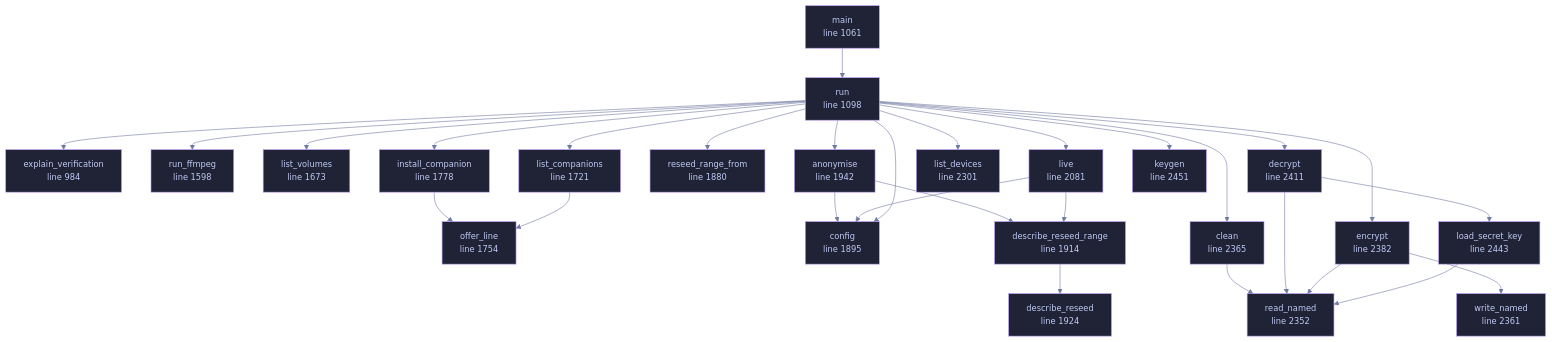
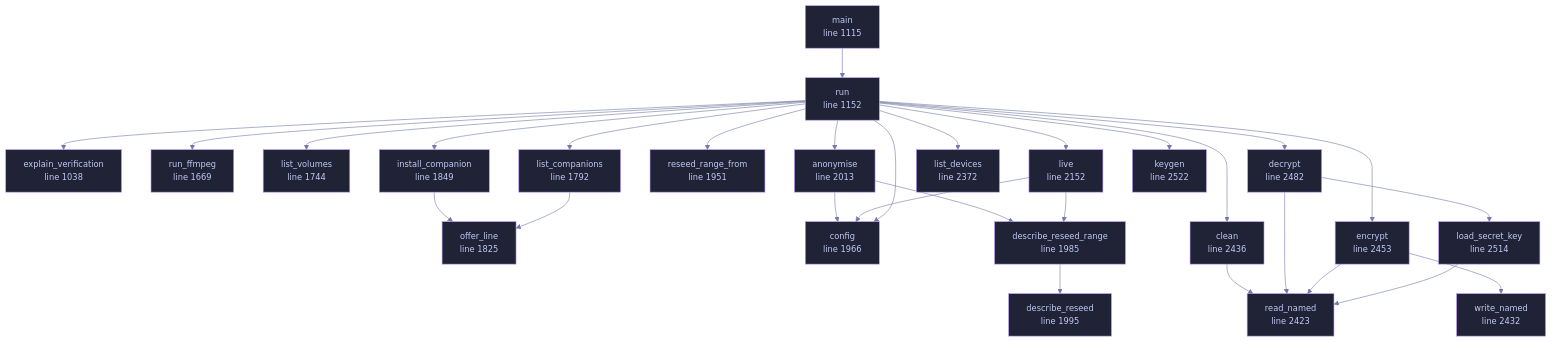
The diagram in docs/files/veilvoice-cli/main.md (tilas01/veilvoice), drawn with Mermaid before and after one commit. The commit also changed other lines of this file and 98 other files, not shown here.

````diff
--- a/docs/files/veilvoice-cli/main.md
+++ b/docs/files/veilvoice-cli/main.md
@@ -133,78 +134,78 @@
 ```mermaid
 %%{init: {"theme":"base","themeVariables":{"background":"#1a1b26","primaryColor":"#1f2335","primaryTextColor":"#c0caf5","primaryBorderColor":"#7aa2f7","secondaryColor":"#16161e","tertiaryColor":"#16161e","lineColor":"#737aa2","textColor":"#c0caf5","mainBkg":"#1f2335","nodeBorder":"#7aa2f7","clusterBkg":"#16161e","clusterBorder":"#2f3549","fontFamily":"ui-monospace, SFMono-Regular, Consolas, monospace","fontSize":"14px"}}}%%
 flowchart TD
-    n_explain_verification["explain_verification<br/>line 984"]
-    n_main["main<br/>line 1061"]
-    n_run["run<br/>line 1098"]
-    n_run_ffmpeg["run_ffmpeg<br/>line 1598"]
-    n_list_volumes["list_volumes<br/>line 1673"]
-    n_list_companions["list_companions<br/>line 1721"]
-    n_offer_line["offer_line<br/>line 1754"]
-    n_install_companion["install_companion<br/>line 1778"]
-    n_reseed_range_from["reseed_range_from<br/>line 1880"]
-    n_config["config<br/>line 1895"]
-    n_describe_reseed_range["describe_reseed_range<br/>line 1914"]
-    n_describe_reseed["describe_reseed<br/>line 1924"]
-    n_anonymise["anonymise<br/>line 1942"]
-    n_live["live<br/>line 2081"]
-    n_list_devices["list_devices<br/>line 2301"]
-    n_read_named["read_named<br/>line 2352"]
-    n_write_named["write_named<br/>line 2361"]
-    n_clean["clean<br/>line 2365"]
-    n_encrypt["encrypt<br/>line 2382"]
-    n_decrypt["decrypt<br/>line 2411"]
-    n_load_secret_key["load_secret_key<br/>line 2443"]
-    n_keygen["keygen<br/>line 2451"]
+    n_explain_verification["explain_verification<br/>line 1038"]
+    n_main["main<br/>line 1115"]
+    n_run["run<br/>line 1152"]
+    n_run_ffmpeg["run_ffmpeg<br/>line 1669"]
+    n_list_volumes["list_volumes<br/>line 1744"]
+    n_list_companions["list_companions<br/>line 1792"]
+    n_offer_line["offer_line<br/>line 1825"]
+    n_install_companion["install_companion<br/>line 1849"]
+    n_reseed_range_from["reseed_range_from<br/>line 1951"]
+    n_config["config<br/>line 1966"]
+    n_describe_reseed_range["describe_reseed_range<br/>line 1985"]
+    n_describe_reseed["describe_reseed<br/>line 1995"]
+    n_anonymise["anonymise<br/>line 2013"]
+    n_live["live<br/>line 2152"]
+    n_list_devices["list_devices<br/>line 2372"]
+    n_read_named["read_named<br/>line 2423"]
+    n_write_named["write_named<br/>line 2432"]
+    n_clean["clean<br/>line 2436"]
+    n_encrypt["encrypt<br/>line 2453"]
+    n_decrypt["decrypt<br/>line 2482"]
+    n_load_secret_key["load_secret_key<br/>line 2514"]
+    n_keygen["keygen<br/>line 2522"]
     n_anonymise --> n_config
     n_anonymise --> n_describe_reseed_range
     n_clean --> n_read_named
     n_decrypt --> n_load_secret_key
     n_decrypt --> n_read_named
     n_describe_reseed_range --> n_describe_reseed
     n_encrypt --> n_read_named
     n_encrypt --> n_write_named
     n_install_companion --> n_offer_line
     n_list_companions --> n_offer_line
     n_live --> n_config
     n_live --> n_describe_reseed_range
     n_load_secret_key --> n_read_named
     n_main --> n_run
     n_run --> n_anonymise
     n_run --> n_clean
     n_run --> n_config
     n_run --> n_decrypt
     n_run --> n_encrypt
     n_run --> n_explain_verification
     n_run --> n_install_companion
     n_run --> n_keygen
     n_run --> n_list_companions
     n_run --> n_list_devices
     n_run --> n_list_volumes
     n_run --> n_live
     n_run --> n_reseed_range_from
     n_run --> n_run_ffmpeg
-    click n_explain_verification href "https://github.com/tilas01/veilvoice/blob/main/crates/veilvoice-cli/src/main.rs#L984" "open the source"
-    click n_main href "https://github.com/tilas01/veilvoice/blob/main/crates/veilvoice-cli/src/main.rs#L1061" "open the source"
-    click n_run href "https://github.com/tilas01/veilvoice/blob/main/crates/veilvoice-cli/src/main.rs#L1098" "open the source"
-    click n_run_ffmpeg href "https://github.com/tilas01/veilvoice/blob/main/crates/veilvoice-cli/src/main.rs#L1598" "open the source"
-    click n_list_volumes href "https://github.com/tilas01/veilvoice/blob/main/crates/veilvoice-cli/src/main.rs#L1673" "open the source"
-    click n_list_companions href "https://github.com/tilas01/veilvoice/blob/main/crates/veilvoice-cli/src/main.rs#L1721" "open the source"
-    click n_offer_line href "https://github.com/tilas01/veilvoice/blob/main/crates/veilvoice-cli/src/main.rs#L1754" "open the source"
-    click n_install_companion href "https://github.com/tilas01/veilvoice/blob/main/crates/veilvoice-cli/src/main.rs#L1778" "open the source"
-    click n_reseed_range_from href "https://github.com/tilas01/veilvoice/blob/main/crates/veilvoice-cli/src/main.rs#L1880" "open the source"
-    click n_config href "https://github.com/tilas01/veilvoice/blob/main/crates/veilvoice-cli/src/main.rs#L1895" "open the source"
-    click n_describe_reseed_range href "https://github.com/tilas01/veilvoice/blob/main/crates/veilvoice-cli/src/main.rs#L1914" "open the source"
-    click n_describe_reseed href "https://github.com/tilas01/veilvoice/blob/main/crates/veilvoice-cli/src/main.rs#L1924" "open the source"
-    click n_anonymise href "https://github.com/tilas01/veilvoice/blob/main/crates/veilvoice-cli/src/main.rs#L1942" "open the source"
-    click n_live href "https://github.com/tilas01/veilvoice/blob/main/crates/veilvoice-cli/src/main.rs#L2081" "open the source"
-    click n_list_devices href "https://github.com/tilas01/veilvoice/blob/main/crates/veilvoice-cli/src/main.rs#L2301" "open the source"
-    click n_read_named href "https://github.com/tilas01/veilvoice/blob/main/crates/veilvoice-cli/src/main.rs#L2352" "open the source"
-    click n_write_named href "https://github.com/tilas01/veilvoice/blob/main/crates/veilvoice-cli/src/main.rs#L2361" "open the source"
-    click n_clean href "https://github.com/tilas01/veilvoice/blob/main/crates/veilvoice-cli/src/main.rs#L2365" "open the source"
-    click n_encrypt href "https://github.com/tilas01/veilvoice/blob/main/crates/veilvoice-cli/src/main.rs#L2382" "open the source"
-    click n_decrypt href "https://github.com/tilas01/veilvoice/blob/main/crates/veilvoice-cli/src/main.rs#L2411" "open the source"
-    click n_load_secret_key href "https://github.com/tilas01/veilvoice/blob/main/crates/veilvoice-cli/src/main.rs#L2443" "open the source"
-    click n_keygen href "https://github.com/tilas01/veilvoice/blob/main/crates/veilvoice-cli/src/main.rs#L2451" "open the source"
+    click n_explain_verification href "https://github.com/tilas01/veilvoice/blob/main/crates/veilvoice-cli/src/main.rs#L1038" "open the source"
+    click n_main href "https://github.com/tilas01/veilvoice/blob/main/crates/veilvoice-cli/src/main.rs#L1115" "open the source"
+    click n_run href "https://github.com/tilas01/veilvoice/blob/main/crates/veilvoice-cli/src/main.rs#L1152" "open the source"
+    click n_run_ffmpeg href "https://github.com/tilas01/veilvoice/blob/main/crates/veilvoice-cli/src/main.rs#L1669" "open the source"
+    click n_list_volumes href "https://github.com/tilas01/veilvoice/blob/main/crates/veilvoice-cli/src/main.rs#L1744" "open the source"
+    click n_list_companions href "https://github.com/tilas01/veilvoice/blob/main/crates/veilvoice-cli/src/main.rs#L1792" "open the source"
+    click n_offer_line href "https://github.com/tilas01/veilvoice/blob/main/crates/veilvoice-cli/src/main.rs#L1825" "open the source"
+    click n_install_companion href "https://github.com/tilas01/veilvoice/blob/main/crates/veilvoice-cli/src/main.rs#L1849" "open the source"
+    click n_reseed_range_from href "https://github.com/tilas01/veilvoice/blob/main/crates/veilvoice-cli/src/main.rs#L1951" "open the source"
+    click n_config href "https://github.com/tilas01/veilvoice/blob/main/crates/veilvoice-cli/src/main.rs#L1966" "open the source"
+    click n_describe_reseed_range href "https://github.com/tilas01/veilvoice/blob/main/crates/veilvoice-cli/src/main.rs#L1985" "open the source"
+    click n_describe_reseed href "https://github.com/tilas01/veilvoice/blob/main/crates/veilvoice-cli/src/main.rs#L1995" "open the source"
+    click n_anonymise href "https://github.com/tilas01/veilvoice/blob/main/crates/veilvoice-cli/src/main.rs#L2013" "open the source"
+    click n_live href "https://github.com/tilas01/veilvoice/blob/main/crates/veilvoice-cli/src/main.rs#L2152" "open the source"
+    click n_list_devices href "https://github.com/tilas01/veilvoice/blob/main/crates/veilvoice-cli/src/main.rs#L2372" "open the source"
+    click n_read_named href "https://github.com/tilas01/veilvoice/blob/main/crates/veilvoice-cli/src/main.rs#L2423" "open the source"
+    click n_write_named href "https://github.com/tilas01/veilvoice/blob/main/crates/veilvoice-cli/src/main.rs#L2432" "open the source"
+    click n_clean href "https://github.com/tilas01/veilvoice/blob/main/crates/veilvoice-cli/src/main.rs#L2436" "open the source"
+    click n_encrypt href "https://github.com/tilas01/veilvoice/blob/main/crates/veilvoice-cli/src/main.rs#L2453" "open the source"
+    click n_decrypt href "https://github.com/tilas01/veilvoice/blob/main/crates/veilvoice-cli/src/main.rs#L2482" "open the source"
+    click n_load_secret_key href "https://github.com/tilas01/veilvoice/blob/main/crates/veilvoice-cli/src/main.rs#L2514" "open the source"
+    click n_keygen href "https://github.com/tilas01/veilvoice/blob/main/crates/veilvoice-cli/src/main.rs#L2522" "open the source"
     classDef helper fill:#1f2335,stroke:#bb9af7,color:#c0caf5
     class n_explain_verification,n_main,n_run,n_run_ffmpeg,n_list_volumes,n_list_companions,n_offer_line,n_install_companion,n_reseed_range_from,n_config,n_describe_reseed_range,n_describe_reseed,n_anonymise,n_live,n_list_devices,n_read_named,n_write_named,n_clean,n_encrypt,n_decrypt,n_load_secret_key,n_keygen helper
 ```
````
